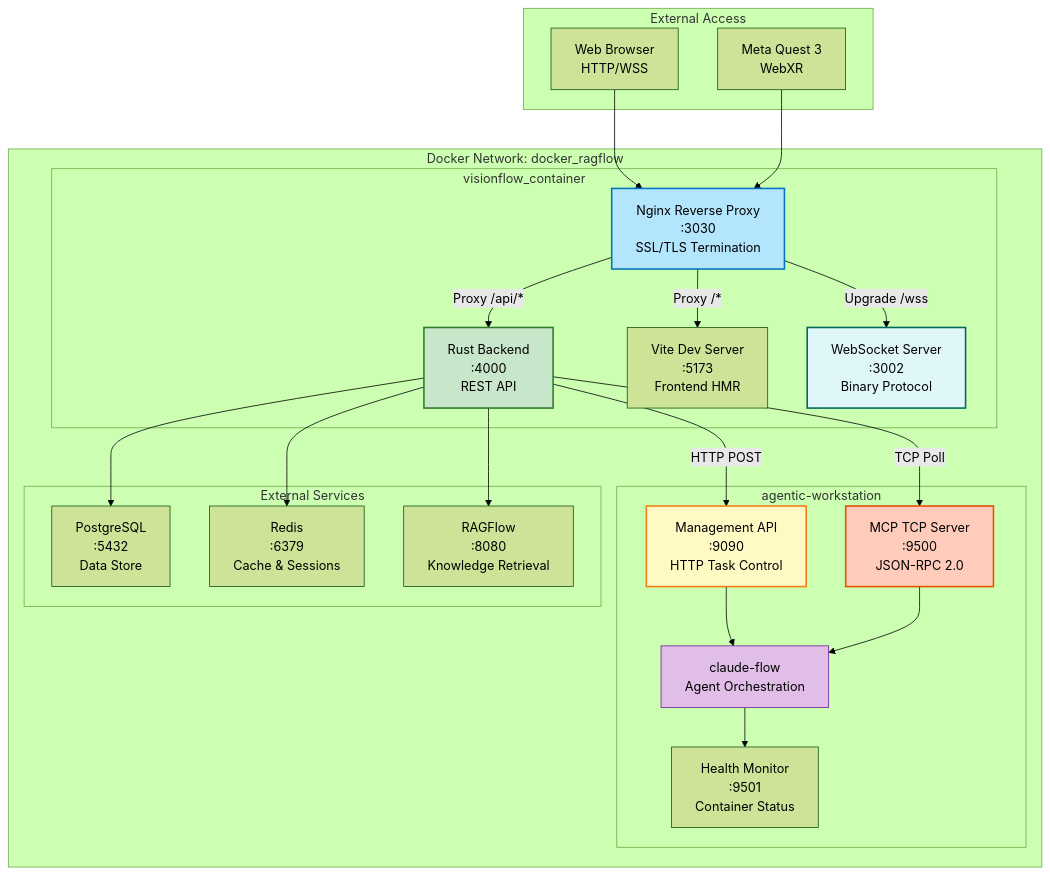
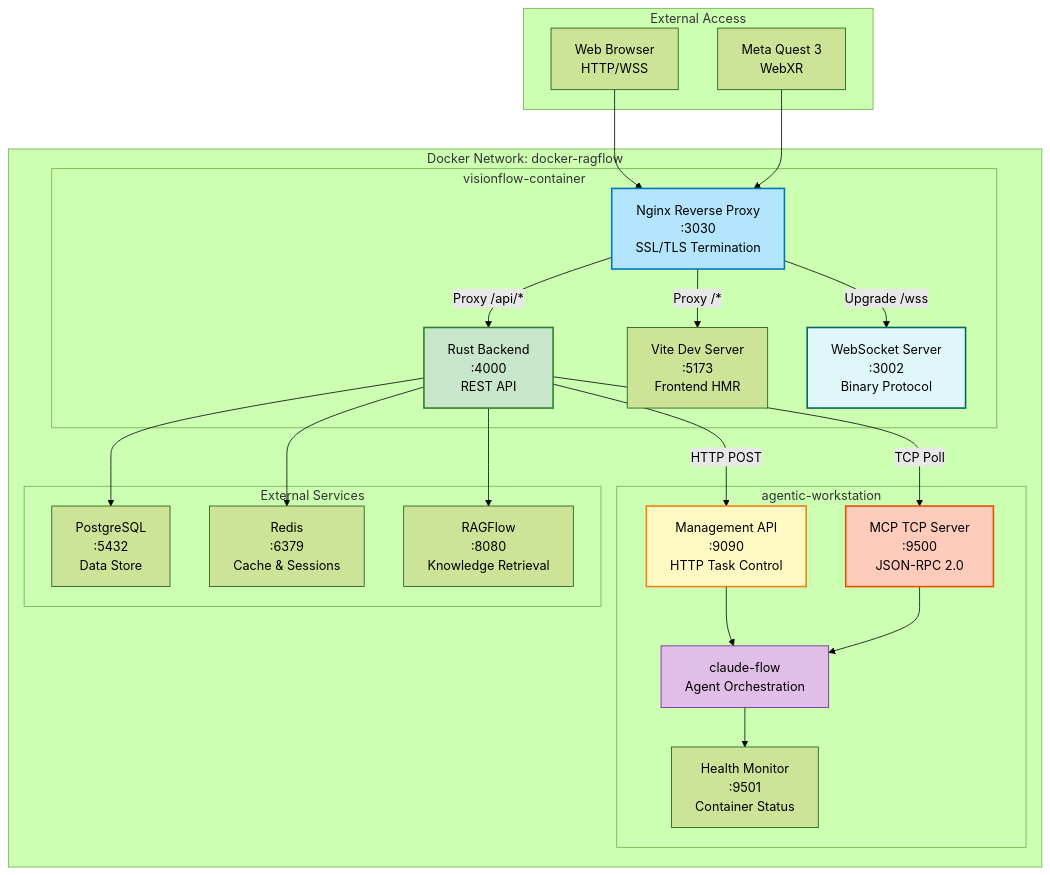
Before and after one commit to DreamLab-AI/VisionFlow: diagram 11 of 11 in docs/concepts/architecture/core/server.md, drawn with Mermaid (forest theme). The commit also changed other lines of this file and 184 other files, not shown here.

````diff
--- a/docs/concepts/architecture/core/server.md
+++ b/docs/concepts/architecture/core/server.md
@@ -628,53 +628,53 @@
 ```mermaid
 graph TB
-    subgraph "Docker Network: docker_ragflow"
-        subgraph "visionflow_container"
+    subgraph "Docker Network: docker-ragflow"
+        subgraph "visionflow-container"
             Nginx["Nginx Reverse Proxy<br/>:3030<br/>SSL/TLS Termination"]
             RustAPI["Rust Backend<br/>:4000<br/>REST API"]
             Vite["Vite Dev Server<br/>:5173<br/>Frontend HMR"]
             WSServer["WebSocket Server<br/>:3002<br/>Binary Protocol"]
         end
 
         subgraph "agentic-workstation"
             ManagementAPI["Management API<br/>:9090<br/>HTTP Task Control"]
             MCPServer["MCP TCP Server<br/>:9500<br/>JSON-RPC 2.0"]
             ClaudeFlow["claude-flow<br/>Agent Orchestration"]
             HealthCheck["Health Monitor<br/>:9501<br/>Container Status"]
         end
 
         subgraph "External Services"
             PostgreSQL["PostgreSQL<br/>:5432<br/>Data Store"]
             Redis["Redis<br/>:6379<br/>Cache & Sessions"]
             RAGFlow["RAGFlow<br/>:8080<br/>Knowledge Retrieval"]
         end
     end
 
     subgraph "External Access"
         Browser["Web Browser<br/>HTTP/WSS"]
         Quest3["Meta Quest 3<br/>WebXR"]
     end
 
     Browser --> Nginx
     Quest3 --> Nginx
 
     Nginx -->|Proxy /api/*| RustAPI
     Nginx -->|Proxy /*| Vite
     Nginx -->|Upgrade /wss| WSServer
 
     RustAPI -->|HTTP POST| ManagementAPI
     RustAPI -->|TCP Poll| MCPServer
     RustAPI --> PostgreSQL
     RustAPI --> Redis
     RustAPI --> RAGFlow
 
     ManagementAPI --> ClaudeFlow
     MCPServer --> ClaudeFlow
     ClaudeFlow --> HealthCheck
 
     style Nginx fill:#b3e5fc,stroke:#0277BD,stroke-width:2px
     style RustAPI fill:#c8e6c9,stroke:#2E7D32,stroke-width:2px
     style ManagementAPI fill:#fff9c4,stroke:#F57F17,stroke-width:2px
     style MCPServer fill:#ffccbc,stroke:#E65100,stroke-width:2px
     style WSServer fill:#e0f7fa,stroke:#00695C,stroke-width:2px
     style ClaudeFlow fill:#e1bee7,stroke:#6A1B9A
 ```
````
